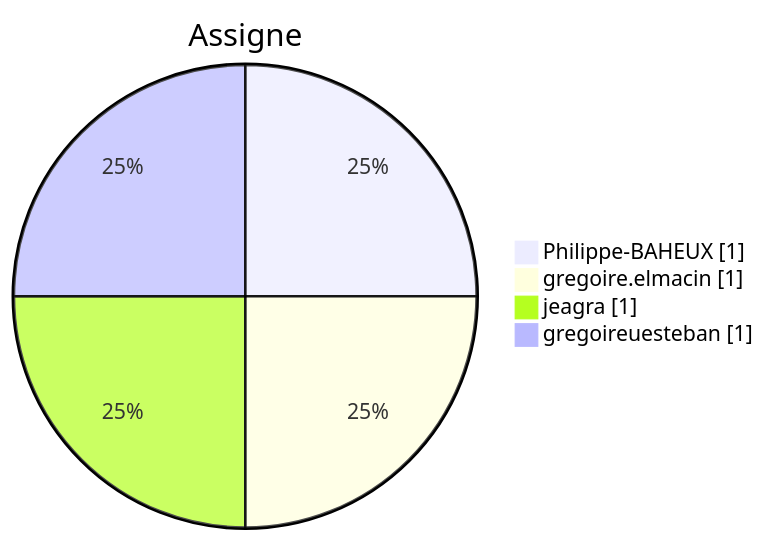
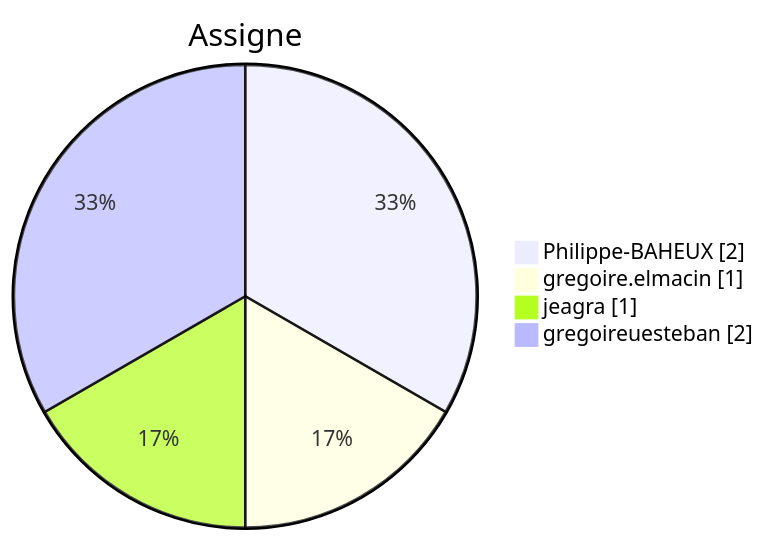
One commit to Gooseppr/GevOps_LC changed the sixth of 7 diagrams in modules/M41_projet-board-J01.md. Above: the diagram before and after it, drawn with Mermaid. The commit also changed other lines of this file, not shown here.

````diff
--- a/modules/M41_projet-board-J01.md
+++ b/modules/M41_projet-board-J01.md
@@ -100,8 +99,8 @@
 ```mermaid
 pie showData
     title Assigne
-    "Philippe-BAHEUX" : 1
+    "Philippe-BAHEUX" : 2
     "gregoire.elmacin" : 1
     "jeagra" : 1
-    "gregoireuesteban" : 1
+    "gregoireuesteban" : 2
 ```
````
